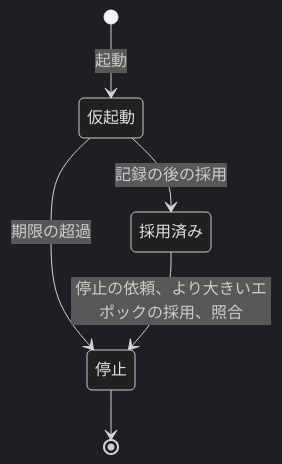
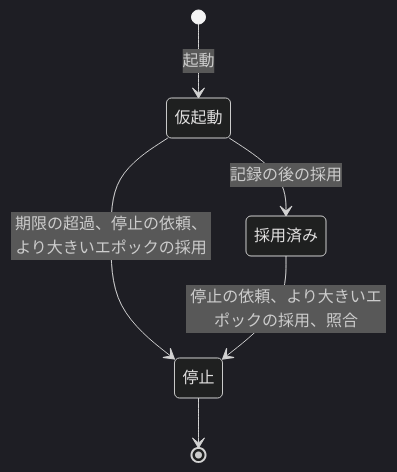
The diagram in docs/adr/0013-launcher-is-a-node-process-that-starts-assignee-containers-provisionally.md (kazu-2020/epm), drawn with Mermaid (dark theme) before and after one commit. The commit also changed other lines of this file, not shown here.

````diff
--- a/docs/adr/0013-launcher-is-a-node-process-that-starts-assignee-containers-provisionally.md
+++ b/docs/adr/0013-launcher-is-a-node-process-that-starts-assignee-containers-provisionally.md
@@ -35,8 +39,8 @@
 ```mermaid
 stateDiagram-v2
     [*] --> 仮起動: 起動
     仮起動 --> 採用済み: 記録の後の採用
-    仮起動 --> 停止: 期限の超過
+    仮起動 --> 停止: 期限の超過、停止の依頼、より大きいエポックの採用
     採用済み --> 停止: 停止の依頼、より大きいエポックの採用、照合
     停止 --> [*]
 ```
````
